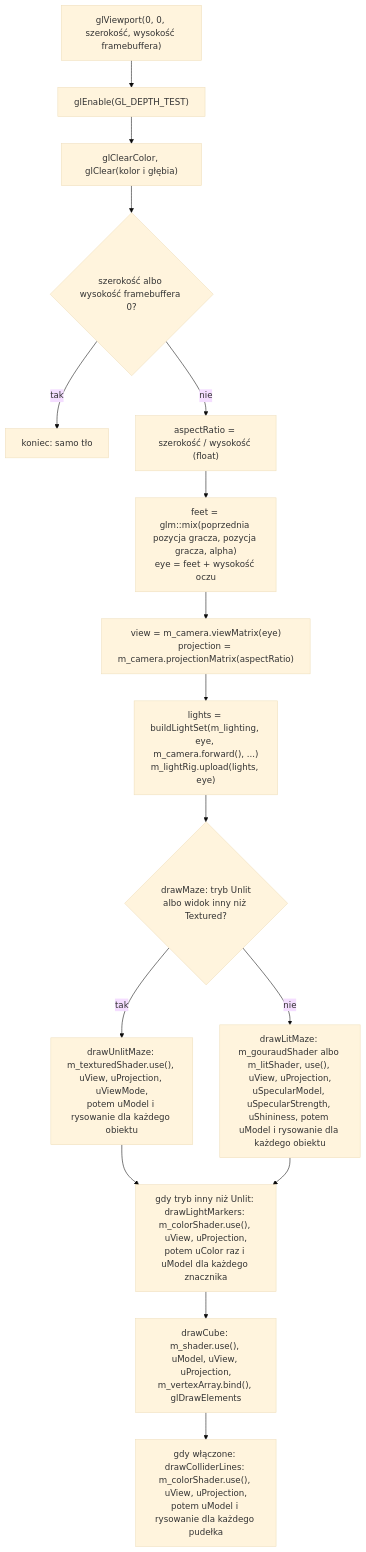
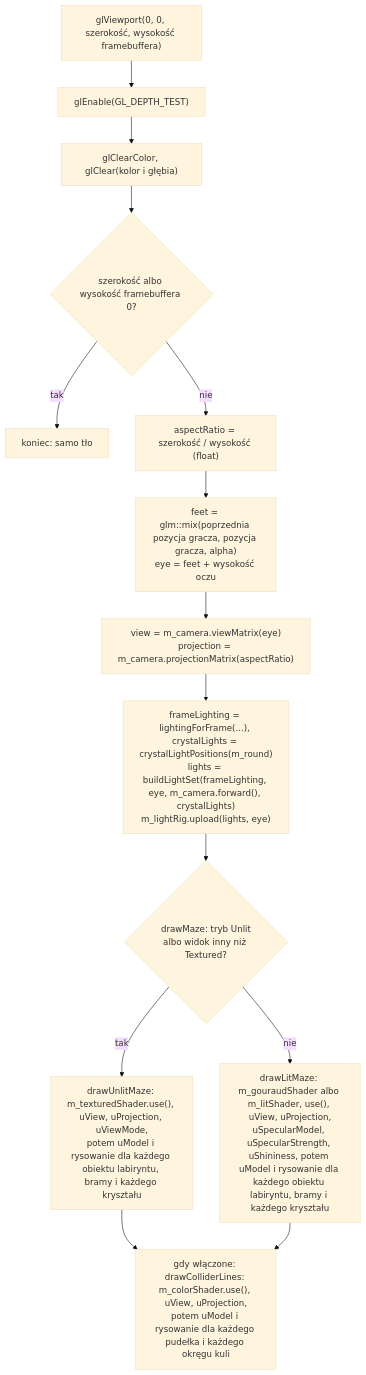
The diagram in docs/modules/scene/camera.md (Shironex/night-maze), drawn with Mermaid (base theme) before and after one commit. The commit also changed other lines of this file and 50 other files, not shown here.

Commit message:
feat(game): draw crystals and the gate and retire the demo cube

````diff
--- a/docs/modules/scene/camera.md
+++ b/docs/modules/scene/camera.md
@@ -251,18 +251,16 @@
 ```mermaid
 flowchart TD
     A["glViewport(0, 0, szerokość, wysokość framebuffera)"] --> B["glEnable(GL_DEPTH_TEST)"]
     B --> C["glClearColor, glClear(kolor i głębia)"]
     C --> D{"szerokość albo wysokość framebuffera 0?"}
     D -- tak --> End["koniec: samo tło"]
     D -- nie --> E["aspectRatio = szerokość / wysokość (float)"]
     E --> X["feet = glm::mix(poprzednia pozycja gracza, pozycja gracza, alpha)<br/>eye = feet + wysokość oczu"]
     X --> V["view = m_camera.viewMatrix(eye)<br/>projection = m_camera.projectionMatrix(aspectRatio)"]
-    V --> LS["lights = buildLightSet(m_lighting, eye, m_camera.forward(), ...)<br/>m_lightRig.upload(lights, eye)"]
+    V --> LS["frameLighting = lightingForFrame(...), crystalLights = crystalLightPositions(m_round)<br/>lights = buildLightSet(frameLighting, eye, m_camera.forward(), crystalLights)<br/>m_lightRig.upload(lights, eye)"]
     LS --> M{"drawMaze: tryb Unlit<br/>albo widok inny niż Textured?"}
-    M -- tak --> MU["drawUnlitMaze: m_texturedShader.use(), uView, uProjection, uViewMode,<br/>potem uModel i rysowanie dla każdego obiektu"]
-    M -- nie --> ML["drawLitMaze: m_gouraudShader albo m_litShader, use(), uView, uProjection,<br/>uSpecularModel, uSpecularStrength, uShininess, potem uModel i rysowanie dla każdego obiektu"]
-    MU --> K["gdy tryb inny niż Unlit: drawLightMarkers: m_colorShader.use(), uView, uProjection,<br/>potem uColor raz i uModel dla każdego znacznika"]
-    ML --> K
-    K --> F["drawCube: m_shader.use(), uModel, uView, uProjection,<br/>m_vertexArray.bind(), glDrawElements"]
-    F --> L["gdy włączone: drawColliderLines: m_colorShader.use(), uView, uProjection,<br/>potem uModel i rysowanie dla każdego pudełka"]
+    M -- tak --> MU["drawUnlitMaze: m_texturedShader.use(), uView, uProjection, uViewMode,<br/>potem uModel i rysowanie dla każdego obiektu labiryntu, bramy i każdego kryształu"]
+    M -- nie --> ML["drawLitMaze: m_gouraudShader albo m_litShader, use(), uView, uProjection,<br/>uSpecularModel, uSpecularStrength, uShininess, potem uModel i rysowanie dla każdego obiektu labiryntu, bramy i każdego kryształu"]
+    MU --> L["gdy włączone: drawColliderLines: m_colorShader.use(), uView, uProjection,<br/>potem uModel i rysowanie dla każdego pudełka i każdego okręgu kuli"]
+    ML --> L
 ```
````
